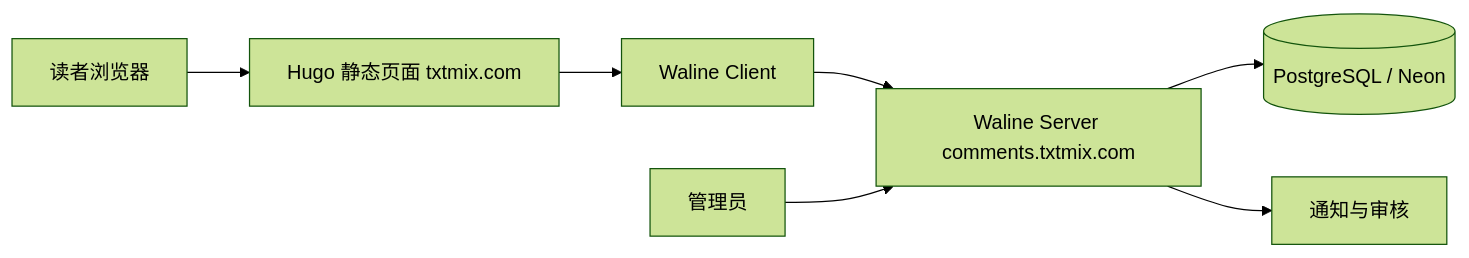
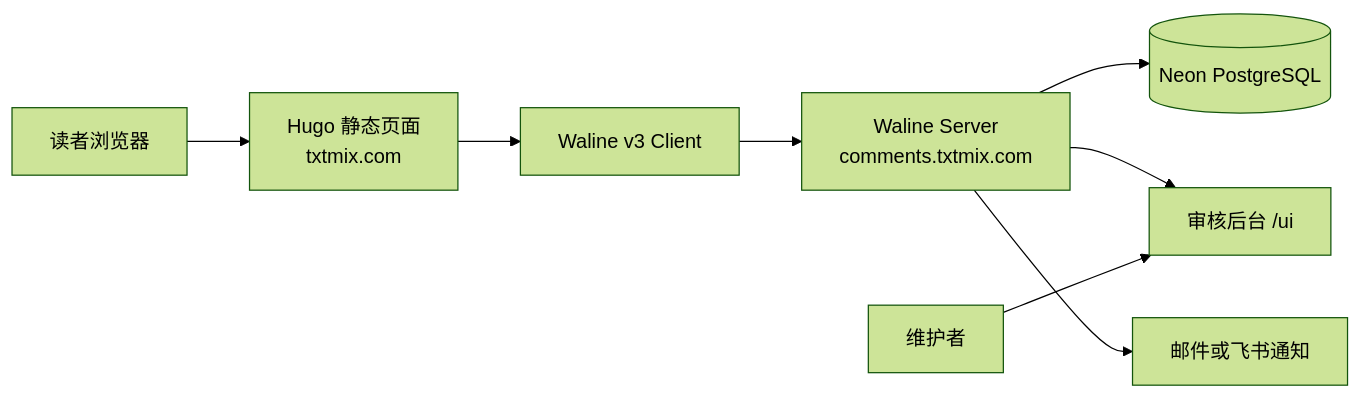
The diagram in docs/comment/waline-comment-system-implementation-guide.md (A1pha3/text-matrix), drawn with Mermaid (forest theme) before and after one commit. The commit also changed other lines of this file, not shown here.

````diff
--- a/docs/comment/waline-comment-system-implementation-guide.md
+++ b/docs/comment/waline-comment-system-implementation-guide.md
@@ -59,9 +48,10 @@
 ```mermaid
 flowchart LR
-    A[读者浏览器] --> B[Hugo 静态页面 txtmix.com]
-    B --> C[Waline Client]
-    C --> D[Waline Server comments.txtmix.com]
-    D --> E[(PostgreSQL / Neon)]
-    D --> F[通知与审核]
-    G[管理员] --> D
+    A[读者浏览器] --> B[Hugo 静态页面<br/>txtmix.com]
+    B --> C[Waline v3 Client]
+    C --> D[Waline Server<br/>comments.txtmix.com]
+    D --> E[(Neon PostgreSQL)]
+    D --> F[审核后台 /ui]
+    D --> G[邮件或飞书通知]
+    H[维护者] --> F
 ```
````
